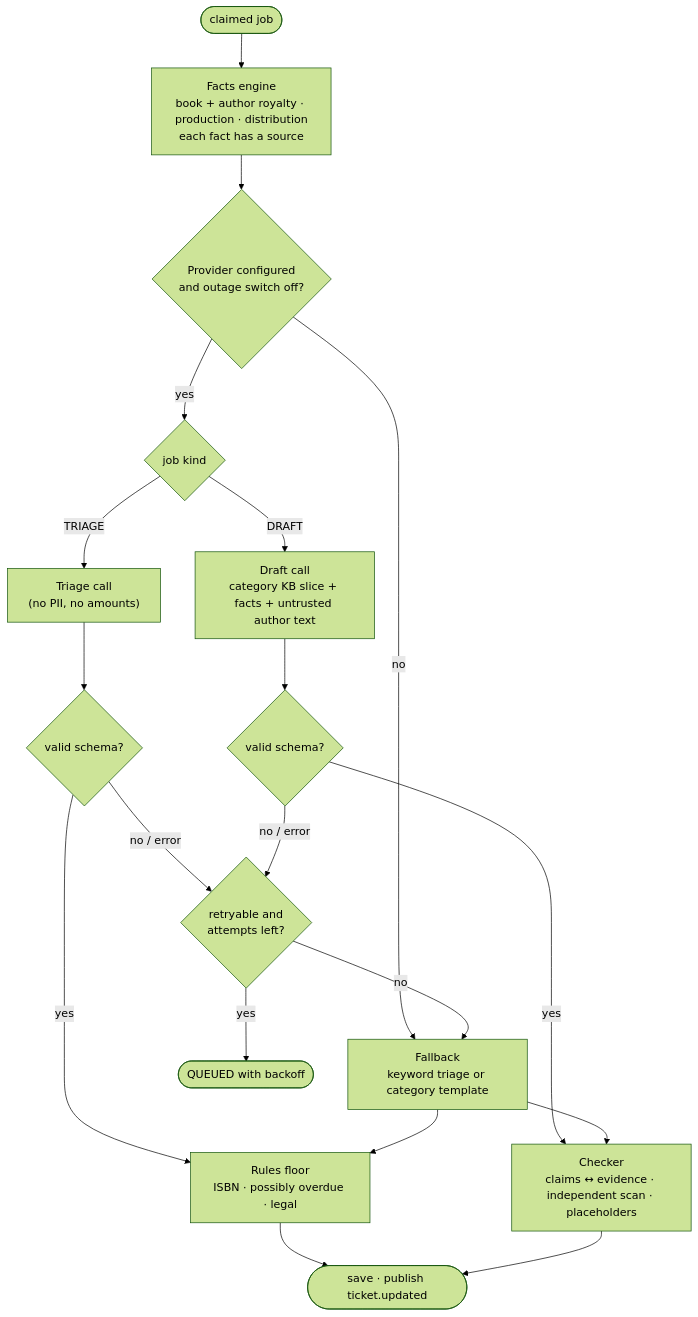
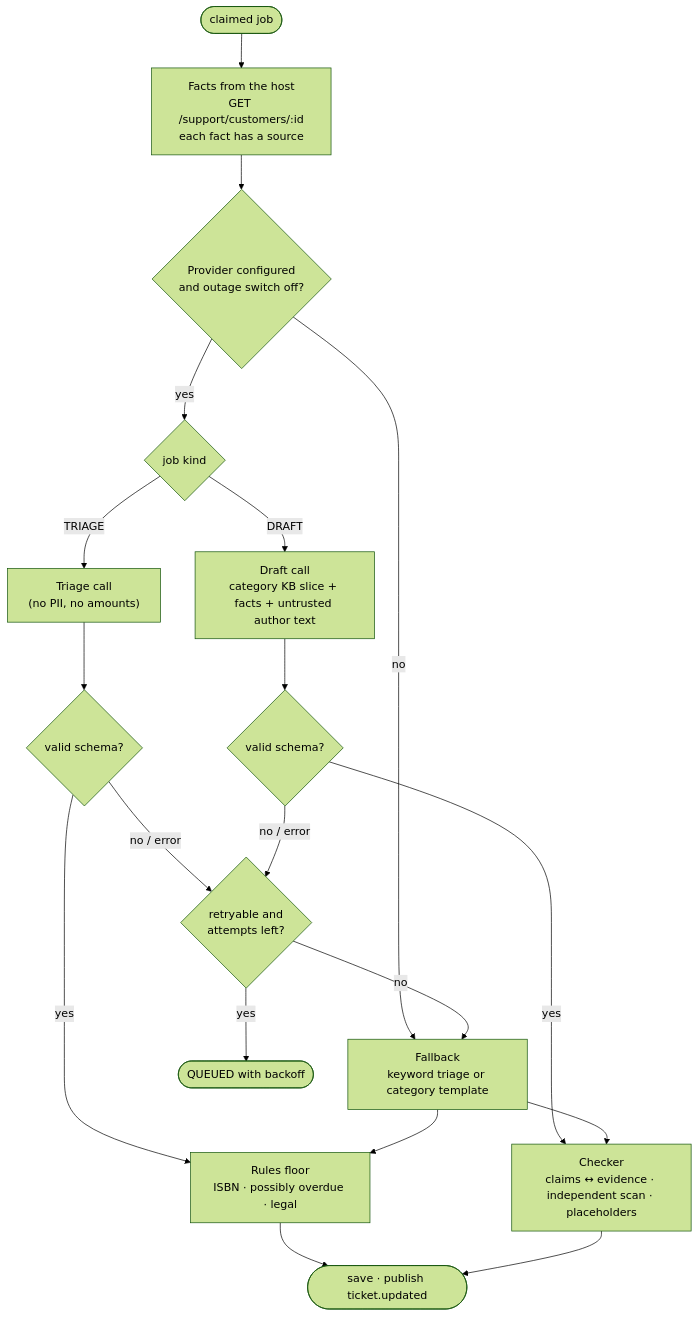
Before and after one commit to akshykmratloop/bookLeaf_support_system: the sixth of 13 diagrams in docs/architecture.md, drawn with Mermaid (forest theme). The commit also changed other lines of this file and 5 other files, not shown here.

First line of the commit message:
docs(integration): integration guide, architecture and README for the pluggable module

````diff
--- a/docs/architecture.md
+++ b/docs/architecture.md
@@ -168,21 +189,21 @@
 ```mermaid
 flowchart TD
-    start(["claimed job"]) --> facts["Facts engine<br/>book + author royalty · production · distribution<br/>each fact has a source"]
+    start(["claimed job"]) --> facts["Facts from the host<br/>GET /support/customers/:id<br/>each fact has a source"]
     facts --> avail{"Provider configured<br/>and outage switch off?"}
     avail -- no --> fb
     avail -- yes --> kind{"job kind"}
     kind -- TRIAGE --> t["Triage call<br/>(no PII, no amounts)"]
     kind -- DRAFT --> d["Draft call<br/>category KB slice + facts + untrusted author text"]
     t --> tv{"valid schema?"}
     tv -- yes --> floor["Rules floor<br/>ISBN · possibly overdue · legal"]
     tv -- "no / error" --> retry{"retryable and<br/>attempts left?"}
     d --> dv{"valid schema?"}
     dv -- yes --> chk["Checker<br/>claims ↔ evidence · independent scan · placeholders"]
     dv -- "no / error" --> retry
     retry -- yes --> requeue(["QUEUED with backoff"])
     retry -- no --> fb["Fallback<br/>keyword triage or category template"]
     fb --> floor
     fb --> chk
     floor --> save(["save · publish ticket.updated"])
     chk --> save
 ```
````
